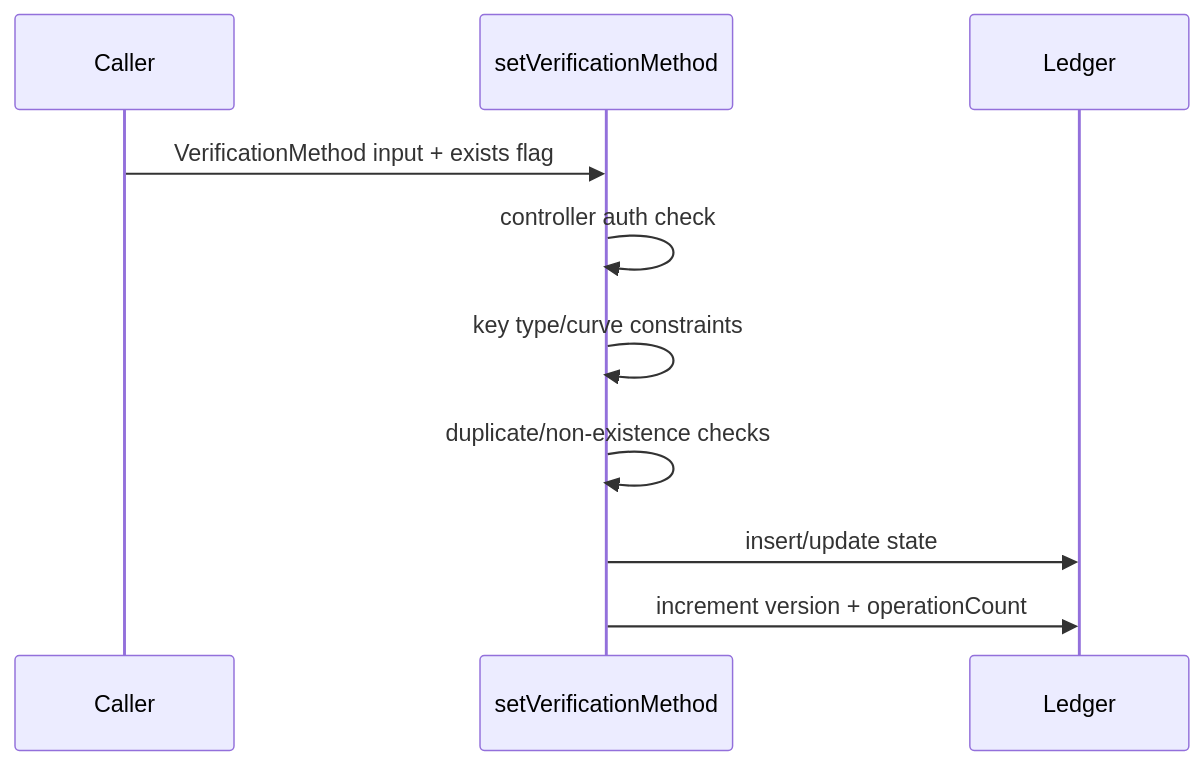
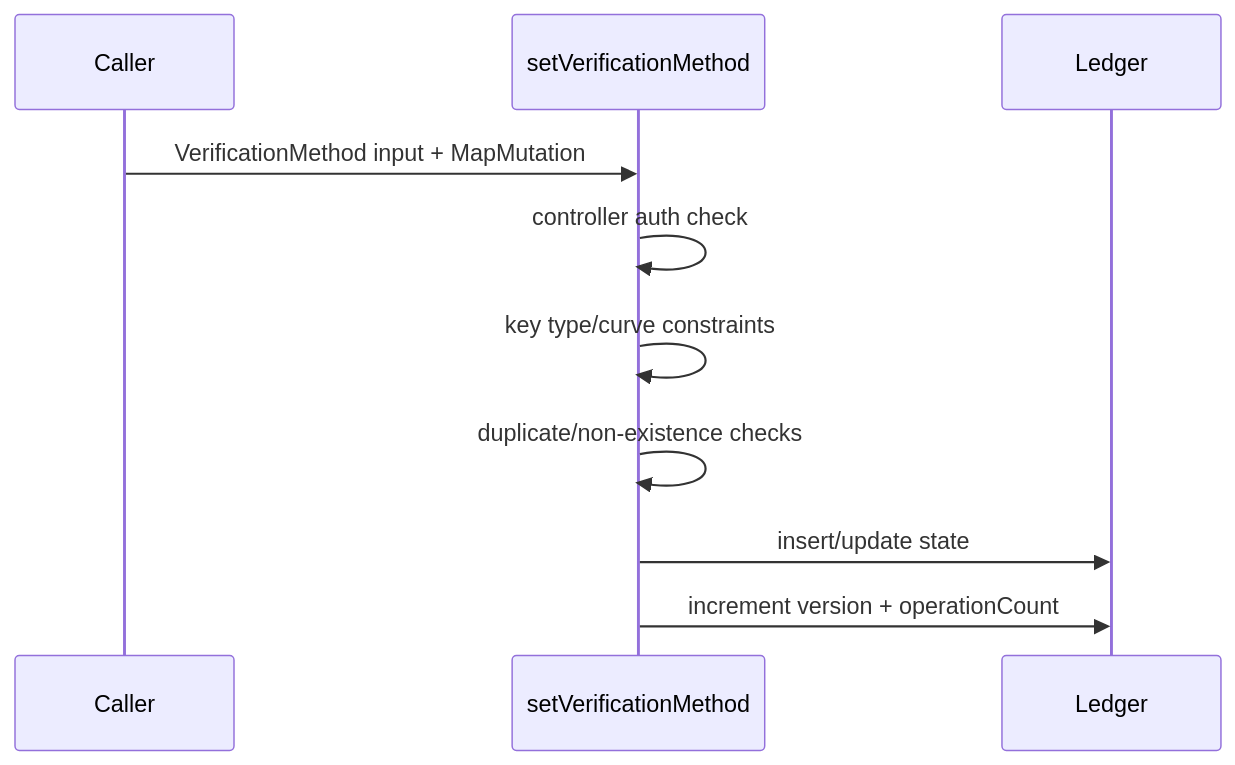
One commit to midnightntwrk/midnight-did changed the second of 3 diagrams in packages/contract/README.md. Above: the diagram before and after it, drawn with Mermaid. The commit also changed other lines of this file and 26 other files, not shown here.

````diff
--- a/packages/contract/README.md
+++ b/packages/contract/README.md
@@ -25,13 +25,13 @@
 ```mermaid
 sequenceDiagram
   participant Caller
   participant Circuit as setVerificationMethod
   participant Ledger
 
-  Caller->>Circuit: VerificationMethod input + exists flag
+  Caller->>Circuit: VerificationMethod input + MapMutation
   Circuit->>Circuit: controller auth check
   Circuit->>Circuit: key type/curve constraints
   Circuit->>Circuit: duplicate/non-existence checks
   Circuit->>Ledger: insert/update state
   Circuit->>Ledger: increment version + operationCount
 ```
````
